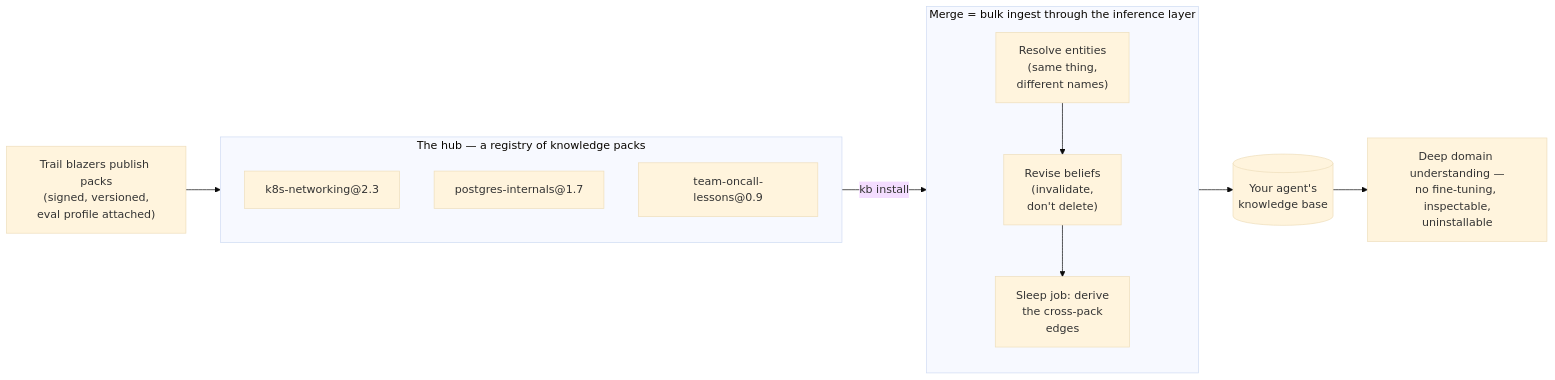
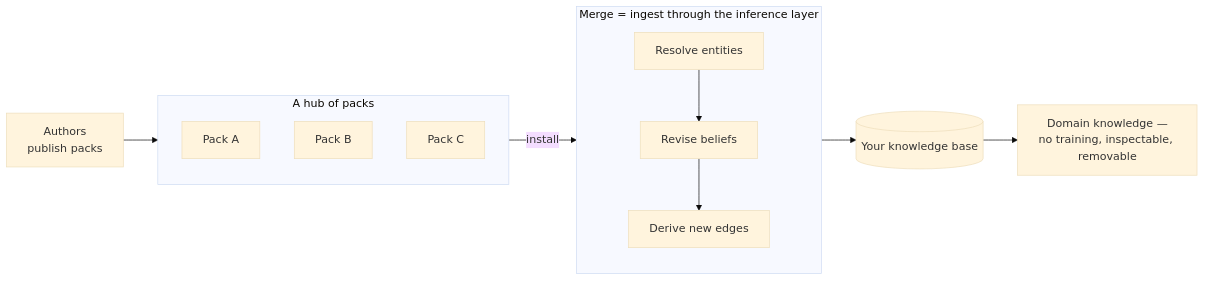
Before and after one commit to locchh/blogs: the fifth of 6 diagrams in src/content/blog/how_to_build_knowledgebase.md, drawn with Mermaid (base theme). The commit also changed other lines of this file, not shown here.

Commit message:
docs(blog): generalize the knowledge-pack hub diagram and examples
Make the hub mermaid diagram generic (Pack A/B/C, plain labels, no version numbers), switch the pack directory and CLI examples to <pack>@<version> placeholders, add a one-line definition of what a pack is, and tighten the merging-is-just-a-big-write punchline.

````diff
--- a/src/content/blog/how_to_build_knowledgebase.md
+++ b/src/content/blog/how_to_build_knowledgebase.md
@@ -254,15 +254,15 @@
 ```mermaid
 graph LR
-    tb["Trail blazers publish packs<br/>(signed, versioned,<br/>eval profile attached)"] --> HUB
-    subgraph HUB["The hub — a registry of knowledge packs"]
-        p1["k8s-networking@2.3"]
-        p2["postgres-internals@1.7"]
-        p3["team-oncall-lessons@0.9"]
+    tb["Authors<br/>publish packs"] --> HUB
+    subgraph HUB["A hub of packs"]
+        p1["Pack A"]
+        p2["Pack B"]
+        p3["Pack C"]
     end
-    HUB -->|"kb install"| MERGE
-    subgraph MERGE["Merge = bulk ingest through the inference layer"]
-        m1["Resolve entities<br/>(same thing,<br/>different names)"] --> m2["Revise beliefs<br/>(invalidate,<br/>don't delete)"] --> m3["Sleep job: derive<br/>the cross-pack<br/>edges"]
+    HUB -->|"install"| MERGE
+    subgraph MERGE["Merge = ingest through the inference layer"]
+        m1["Resolve entities"] --> m2["Revise beliefs"] --> m3["Derive new edges"]
     end
-    MERGE --> KB[("Your agent's<br/>knowledge base")]
-    KB --> A["Deep domain understanding —<br/>no fine-tuning, inspectable,<br/>uninstallable"]
+    MERGE --> KB[("Your knowledge base")]
+    KB --> OUT["Domain knowledge —<br/>no training, inspectable, removable"]
 ```
````
